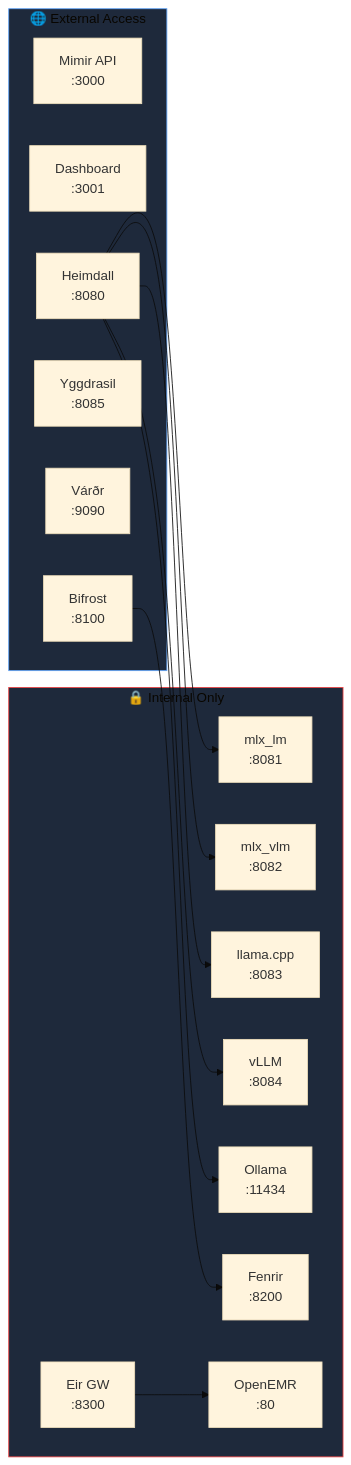
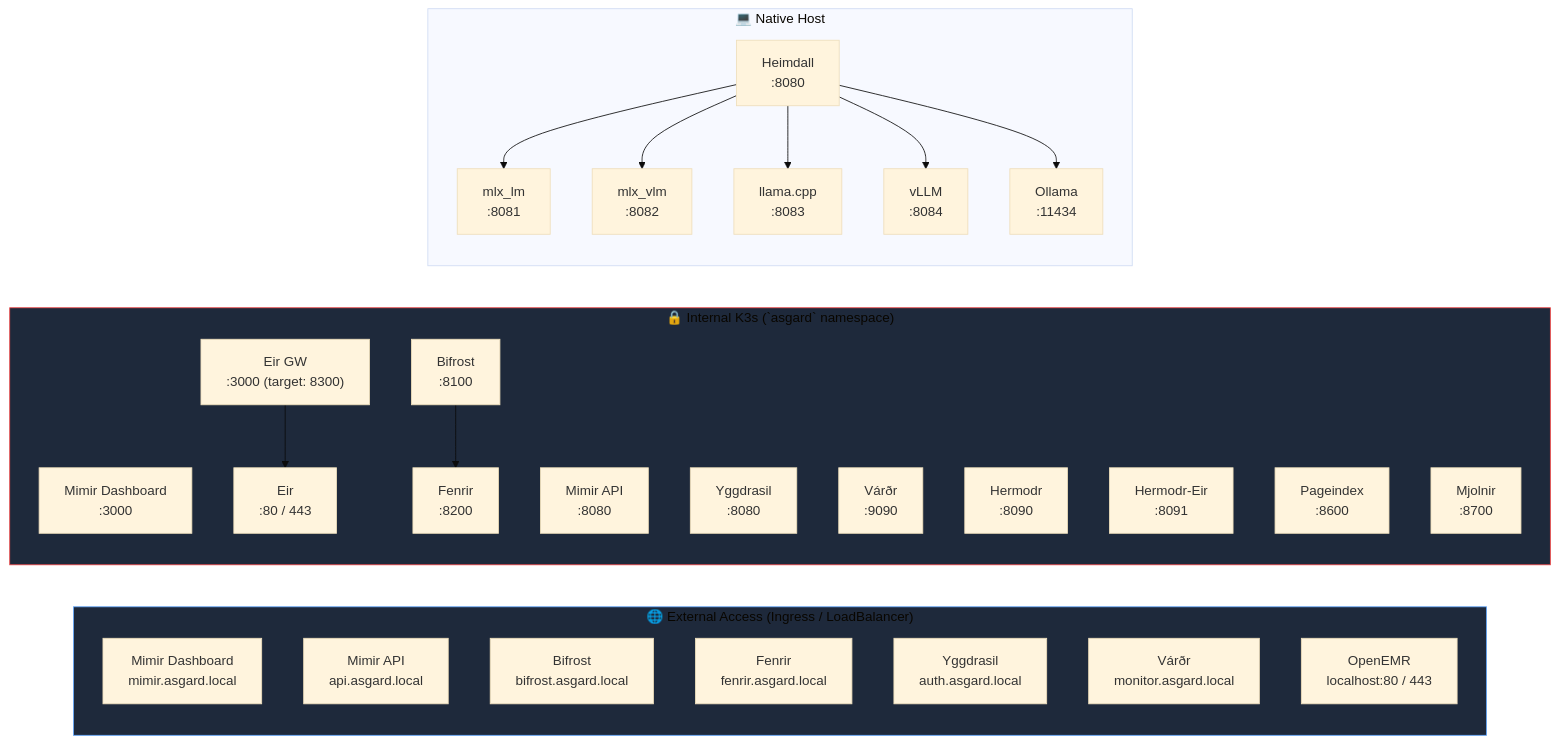
The ninth of 9 diagrams in docs/architecture.md (MegaWiz-Dev-Team/Asgard), drawn with Mermaid (base theme) before and after one commit. The commit also changed 9 other files, not shown here.

Commit message:
chore: update k8s config for Eir and architecture docs

````diff
--- a/docs/architecture.md
+++ b/docs/architecture.md
@@ -425,33 +425,47 @@
 ```mermaid
 graph LR
-    subgraph exposed["🌐 External Access"]
-        P3000["Mimir API<br/>:3000"]
-        P3001["Dashboard<br/>:3001"]
-        P8080["Heimdall<br/>:8080"]
-        P8085["Yggdrasil<br/>:8085"]
-        P9090["Várðr<br/>:9090"]
-        P8100["Bifrost<br/>:8100"]
+    subgraph exposed["🌐 External Access (Ingress / LoadBalancer)"]
+        P3000["Mimir Dashboard<br/>mimir.asgard.local"]
+        P8080["Mimir API<br/>api.asgard.local"]
+        P8100["Bifrost<br/>bifrost.asgard.local"]
+        P8200["Fenrir<br/>fenrir.asgard.local"]
+        P8085["Yggdrasil<br/>auth.asgard.local"]
+        P9090["Várðr<br/>monitor.asgard.local"]
+        P80["OpenEMR<br/>localhost:80 / 443"]
     end
 
-    subgraph internal["🔒 Internal Only"]
+    subgraph internal["🔒 Internal K3s (`asgard` namespace)"]
+        I3000["Mimir Dashboard<br/>:3000"]
+        I8080["Mimir API<br/>:8080"]
+        I8100["Bifrost<br/>:8100"]
+        I8200["Fenrir<br/>:8200"]
+        I8085["Yggdrasil<br/>:8080"]
+        I9090["Várðr<br/>:9090"]
+        I80["Eir<br/>:80 / 443"]
+        I8300["Eir GW<br/>:3000 (target: 8300)"]
+        I8090["Hermodr<br/>:8090"]
+        I8091["Hermodr-Eir<br/>:8091"]
+        I8600["Pageindex<br/>:8600"]
+        I8700["Mjolnir<br/>:8700"]
+    end
+
+    subgraph host["💻 Native Host"]
         P8081["mlx_lm<br/>:8081"]
         P8082["mlx_vlm<br/>:8082"]
         P8083["llama.cpp<br/>:8083"]
         P8084["vLLM<br/>:8084"]
         P11434["Ollama<br/>:11434"]
-        P8200["Fenrir<br/>:8200"]
-        P80["OpenEMR<br/>:80"]
-        P8300["Eir GW<br/>:8300"]
+        H8080["Heimdall<br/>:8080"]
     end
 
-    P8300 --> P80
-    P8080 --> P8081
-    P8080 --> P8082
-    P8080 --> P8083
-    P8080 --> P8084
-    P8080 --> P11434
-    P8100 --> P8200
+    I8300 --> I80
+    H8080 --> P8081
+    H8080 --> P8082
+    H8080 --> P8083
+    H8080 --> P8084
+    H8080 --> P11434
+    I8100 --> I8200
 
     style exposed fill:#1e293b,stroke:#60a5fa
     style internal fill:#1e293b,stroke:#ef4444
 ```
````
